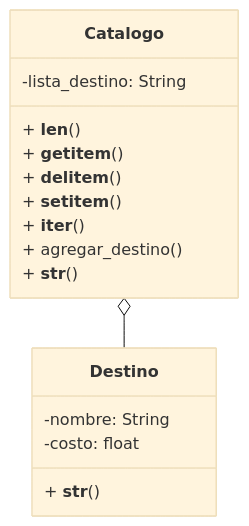
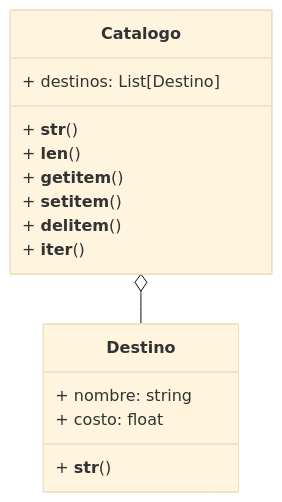
The diagram in retos_sesion_08/ejercicio_02.md (StephanieApaza/psg-oop-2025), drawn with Mermaid (base theme) before and after one commit. The commit also changed other lines of this file, not shown here.

Commit message:
Correciones en el análisis de las clases Destino y Catalogo

````diff
--- a/retos_sesion_08/ejercicio_02.md
+++ b/retos_sesion_08/ejercicio_02.md
@@ -47,19 +54,18 @@
 ```mermaid
 classDiagram
     class Destino {
-        -nombre: String
-        -costo: float
+        + nombre: string
+        + costo: float
         + __str__()
     }
     class Catalogo{
-        -lista_destino: String
+        + destinos: List[Destino]
+        + __str__()
         + __len__()
         + __getitem__()
+        + __setitem__()
         + __delitem__()
-        + __setitem__()
         + __iter__()
-        + agregar_destino()
-        + __str__()
     }
     Catalogo o-- Destino
 ```
````
